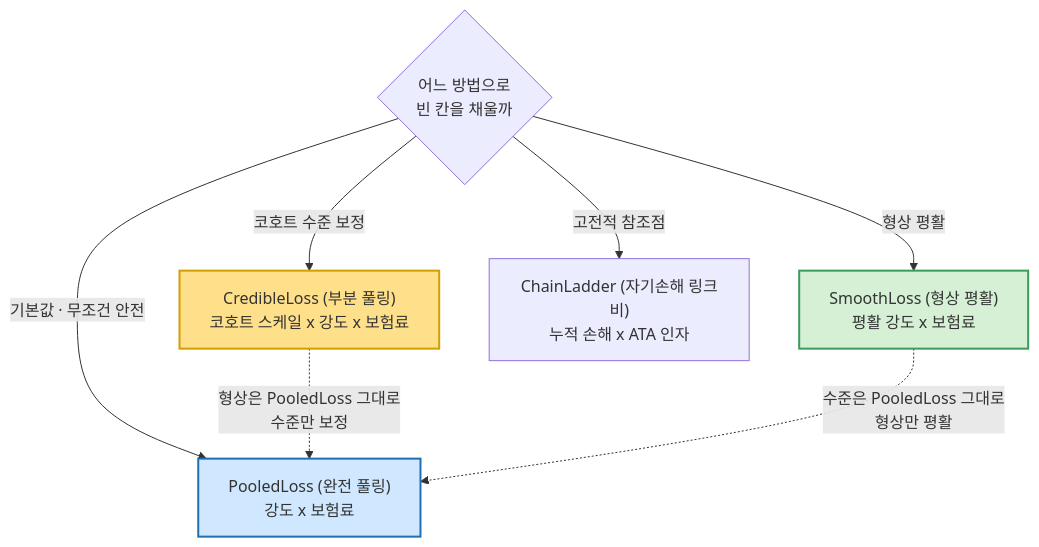
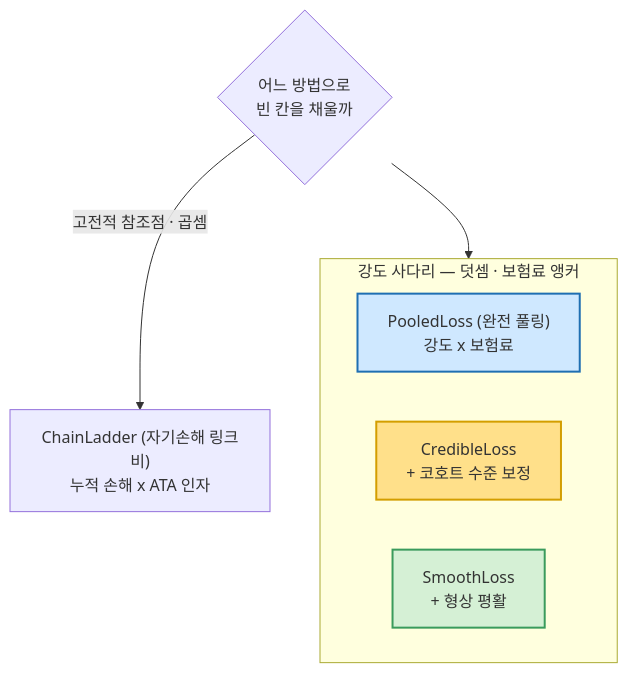
Before and after one commit to seokhoonj/lossratio: the diagram in docs/tutorial/04-projection.md, drawn with Mermaid.

Commit message:
docs: group the intensity ladder and split ChainLadder out in the projection diagram
Adding the SmoothLoss node gave the decision diagram a second dotted refinement
edge into PooledLoss, which broke the clean left-to-right row. Box the three
intensity rungs (Pooled/Credible/Smooth) as a subgraph and branch ChainLadder
out separately to the right, matching its role as the multiplicative benchmark
outside the intensity family.

````diff
--- a/docs/tutorial/04-projection.md
+++ b/docs/tutorial/04-projection.md
@@ -36,13 +36,15 @@
 ```{mermaid}
 flowchart TD
   Q{"어느 방법으로<br/>빈 칸을 채울까"}
-  Q -->|"기본값 · 무조건 안전"| pooled["PooledLoss (완전 풀링)<br/>강도 x 보험료"]
-  Q -->|"코호트 수준 보정"| credible["CredibleLoss (부분 풀링)<br/>코호트 스케일 x 강도 x 보험료"]
-  Q -->|"형상 평활"| smooth["SmoothLoss (형상 평활)<br/>평활 강도 x 보험료"]
-  Q -->|"고전적 참조점"| linkratio["ChainLadder (자기손해 링크비)<br/>누적 손해 x ATA 인자"]
-  credible -.->|"형상은 PooledLoss 그대로<br/>수준만 보정"| pooled
-  smooth -.->|"수준은 PooledLoss 그대로<br/>형상만 평활"| pooled
+  subgraph ladder["강도 사다리 — 덧셈 · 보험료 앵커"]
+    direction LR
+    pooled["PooledLoss (완전 풀링)<br/>강도 x 보험료"]
+    credible["CredibleLoss<br/>+ 코호트 수준 보정"]
+    smooth["SmoothLoss<br/>+ 형상 평활"]
+  end
+  Q --> ladder
+  Q -->|"고전적 참조점 · 곱셈"| linkratio["ChainLadder (자기손해 링크비)<br/>누적 손해 x ATA 인자"]
   style pooled fill:#cfe8ff,stroke:#1f6fb2,stroke-width:2px
   style credible fill:#ffe08a,stroke:#d39e00,stroke-width:2px
   style smooth fill:#d5f0d5,stroke:#3a9b5c,stroke-width:2px
 ```
````
